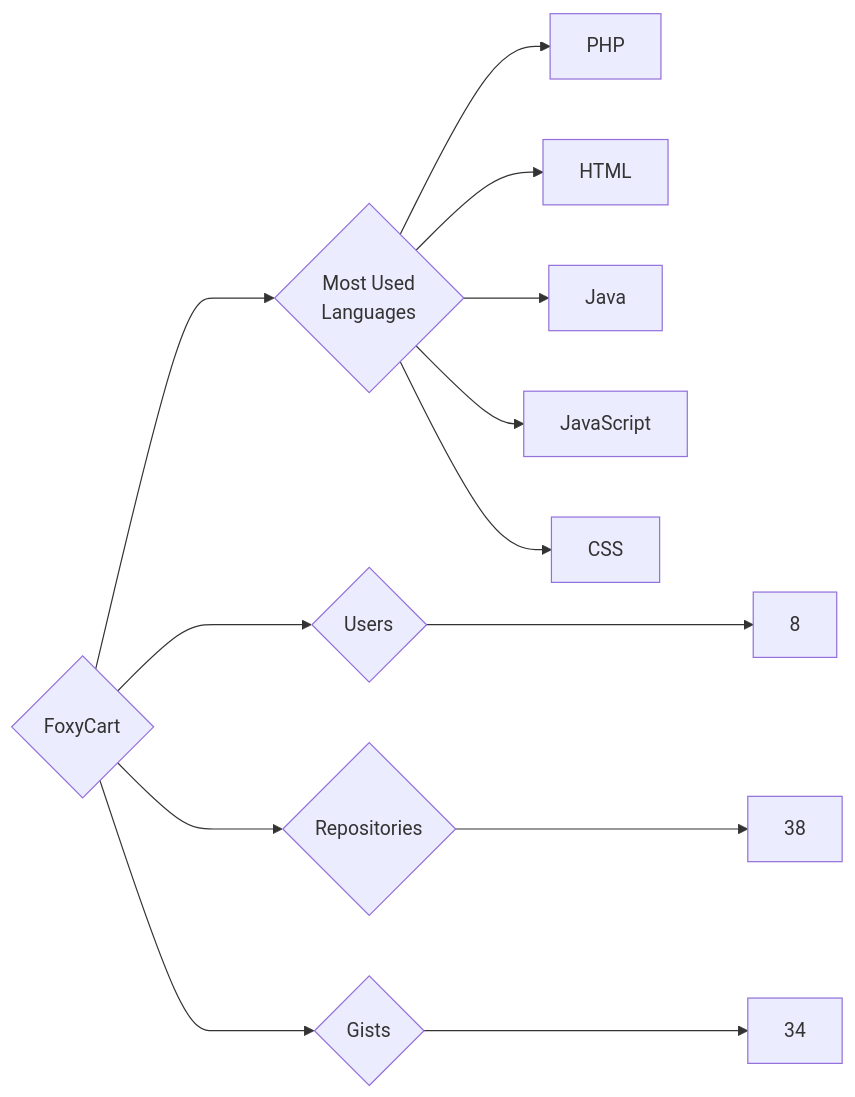
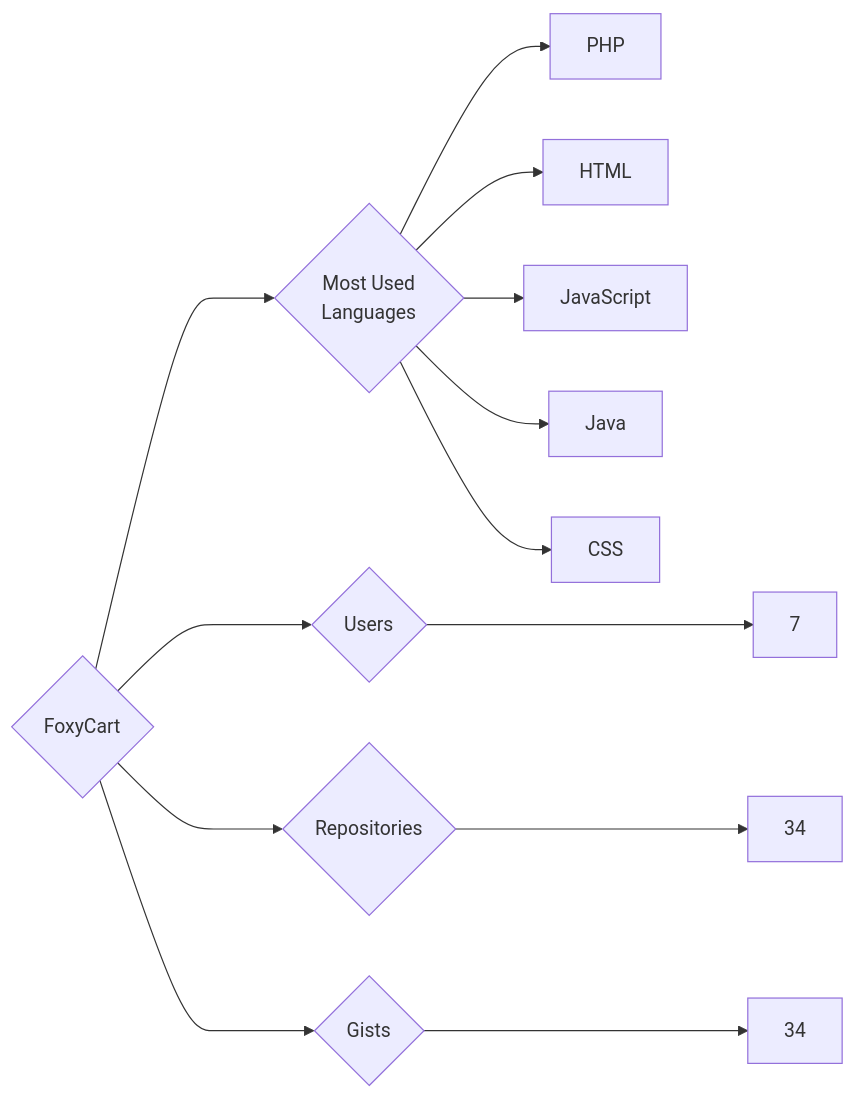
One commit to trickest/insiders changed the diagram in targets/FoxyCart/README.md. Above: the diagram before and after it, drawn with Mermaid. The commit also changed 1036 other files, not shown here.

````diff
--- a/targets/FoxyCart/README.md
+++ b/targets/FoxyCart/README.md
@@ -3,13 +3,13 @@
 ```mermaid
 graph LR
 COMPANY_NAME{FoxyCart}
-COMPANY_NAME ---> U{Users} ---> UN[8]
-COMPANY_NAME ---> R{Repositories} ---> RN[38]
+COMPANY_NAME ---> U{Users} ---> UN[7]
+COMPANY_NAME ---> R{Repositories} ---> RN[34]
 COMPANY_NAME ---> G{Gists} ---> GN[34]
 COMPANY_NAME ---> ML{Most Used<br>Languages}
 ML --> PHP[PHP]
 ML --> HTML[HTML]
+ML --> JavaScript[JavaScript]
 ML --> Java[Java]
-ML --> JavaScript[JavaScript]
 ML --> CSS[CSS]
 ```
````
